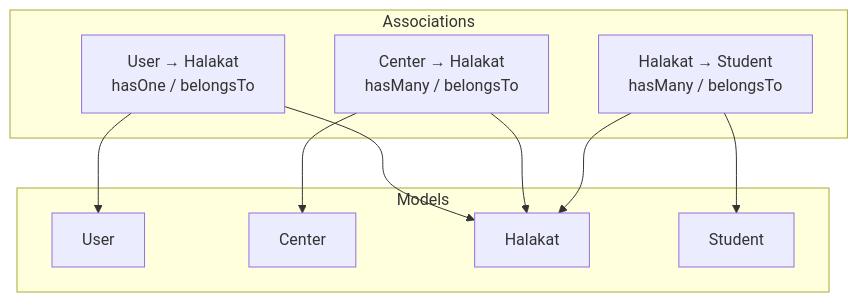
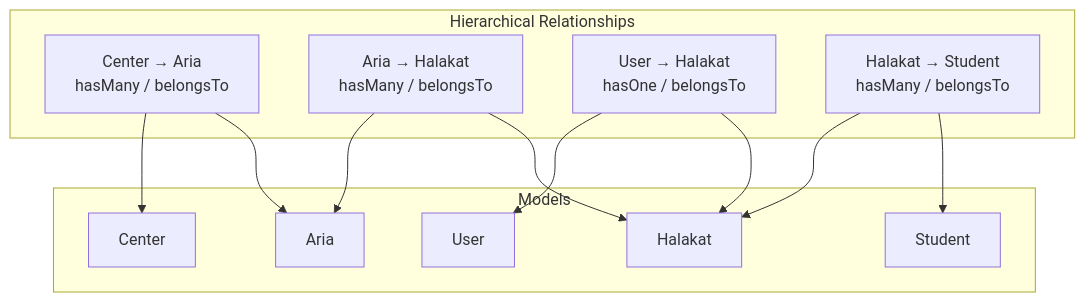
Before and after one commit to Mreng78/khirocom_project: the first of 5 diagrams in .qoder/repowiki/en/content/Database Design/Halakat Model.md, drawn with Mermaid. The commit also changed other lines of this file and 6 other files, not shown here.

````diff
--- a/.qoder/repowiki/en/content/Database Design/Halakat Model.md
+++ b/.qoder/repowiki/en/content/Database Design/Halakat Model.md
@@ -31,20 +42,24 @@
 ```mermaid
 graph TB
 subgraph "Models"
 U["User"]
 C["Center"]
+A["Aria"]
 H["Halakat"]
 S["Student"]
 end
-subgraph "Associations"
+subgraph "Hierarchical Relationships"
+C_A["Center → Aria<br/>hasMany / belongsTo"]
+A_H["Aria → Halakat<br/>hasMany / belongsTo"]
 U_H["User → Halakat<br/>hasOne / belongsTo"]
-C_H["Center → Halakat<br/>hasMany / belongsTo"]
 H_S["Halakat → Student<br/>hasMany / belongsTo"]
 end
+C_A --> C
+C_A --> A
+A_H --> A
+A_H --> H
 U_H --> U
 U_H --> H
-C_H --> C
-C_H --> H
 H_S --> H
 H_S --> S
 ```
````
